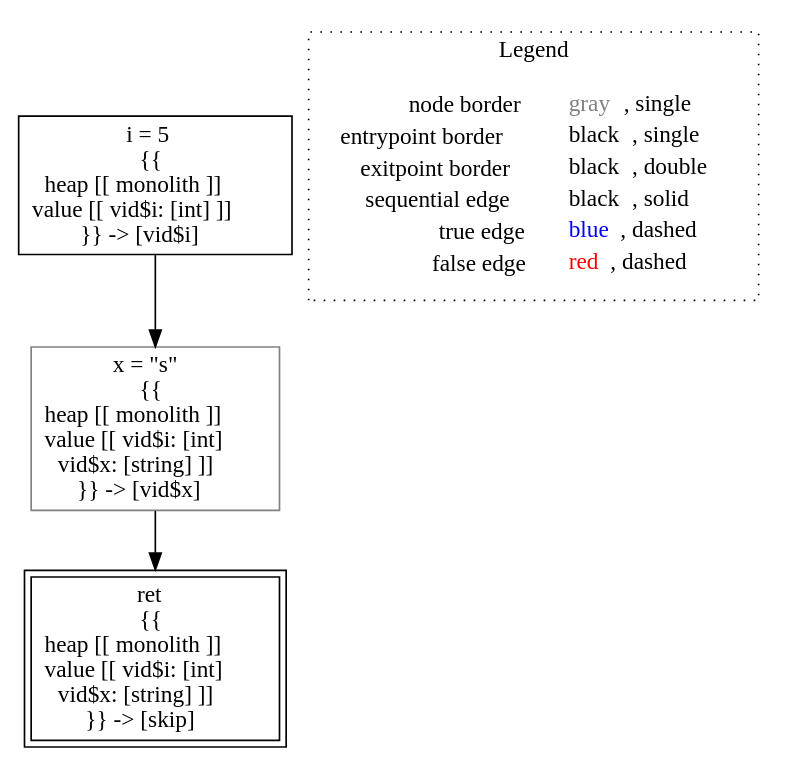
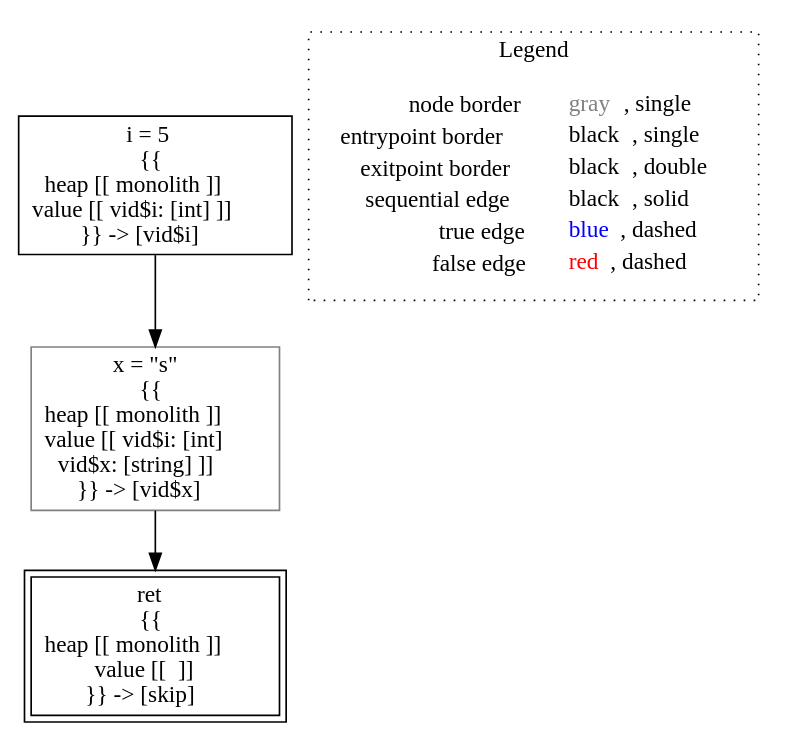
One commit to lisa-analyzer/lisa changed the diagram in lisa/imp-testcases/type-inference/typing___untyped_typing.test1().dot. Above: the diagram before and after it, drawn with Graphviz. The commit also changed 57 other files, not shown here.

```diff
--- a/lisa/imp-testcases/type-inference/typing___untyped_typing.test1().dot
+++ b/lisa/imp-testcases/type-inference/typing___untyped_typing.test1().dot
@@ -1,14 +1,14 @@
 digraph {
 	"node0" [shape="rect",color="black",label=<i = 5<BR/>{{<BR/>heap [[ monolith ]]<BR/>value [[ vid$i: [int] ]]<BR/>}} -&gt; [vid$i]>];
 	"node1" [shape="rect",color="gray",label=<x = &quot;s&quot;<BR/>{{<BR/>heap [[ monolith ]]<BR/>value [[ vid$i: [int]<BR/>vid$x: [string] ]]<BR/>}} -&gt; [vid$x]>];
-	"node2" [shape="rect",color="black",peripheries="2",label=<ret<BR/>{{<BR/>heap [[ monolith ]]<BR/>value [[ vid$i: [int]<BR/>vid$x: [string] ]]<BR/>}} -&gt; [skip]>];
+	"node2" [shape="rect",color="black",peripheries="2",label=<ret<BR/>{{<BR/>heap [[ monolith ]]<BR/>value [[  ]]<BR/>}} -&gt; [skip]>];
+	"node1" -> "node2" [color="black"];
 	"node0" -> "node1" [color="black"];
-	"node1" -> "node2" [color="black"];
 subgraph cluster_legend {
 	label="Legend";
 	style=dotted;
 	node [shape=plaintext];
 	"legend" [label=<<table border="0" cellpadding="2" cellspacing="0" cellborder="0"><tr><td align="right">node border&nbsp;</td><td align="left"><font color="gray">gray</font>, single</td></tr><tr><td align="right">entrypoint border&nbsp;</td><td align="left"><font color="black">black</font>, single</td></tr><tr><td align="right">exitpoint border&nbsp;</td><td align="left"><font color="black">black</font>, double</td></tr><tr><td align="right">sequential edge&nbsp;</td><td align="left"><font color="black">black</font>, solid</td></tr><tr><td align="right">true edge&nbsp;</td><td align="left"><font color="blue">blue</font>, dashed</td></tr><tr><td align="right">false edge&nbsp;</td><td align="left"><font color="red">red</font>, dashed</td></tr></table>>];
 }
 
 }
```
